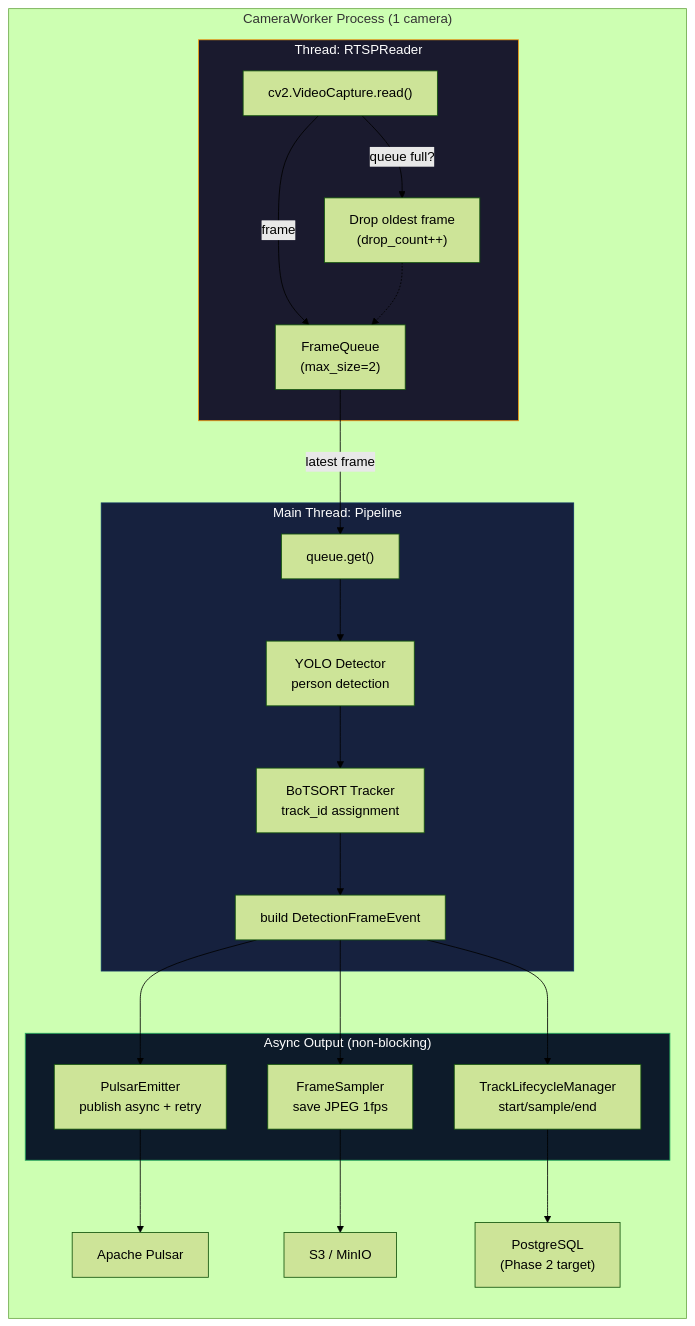
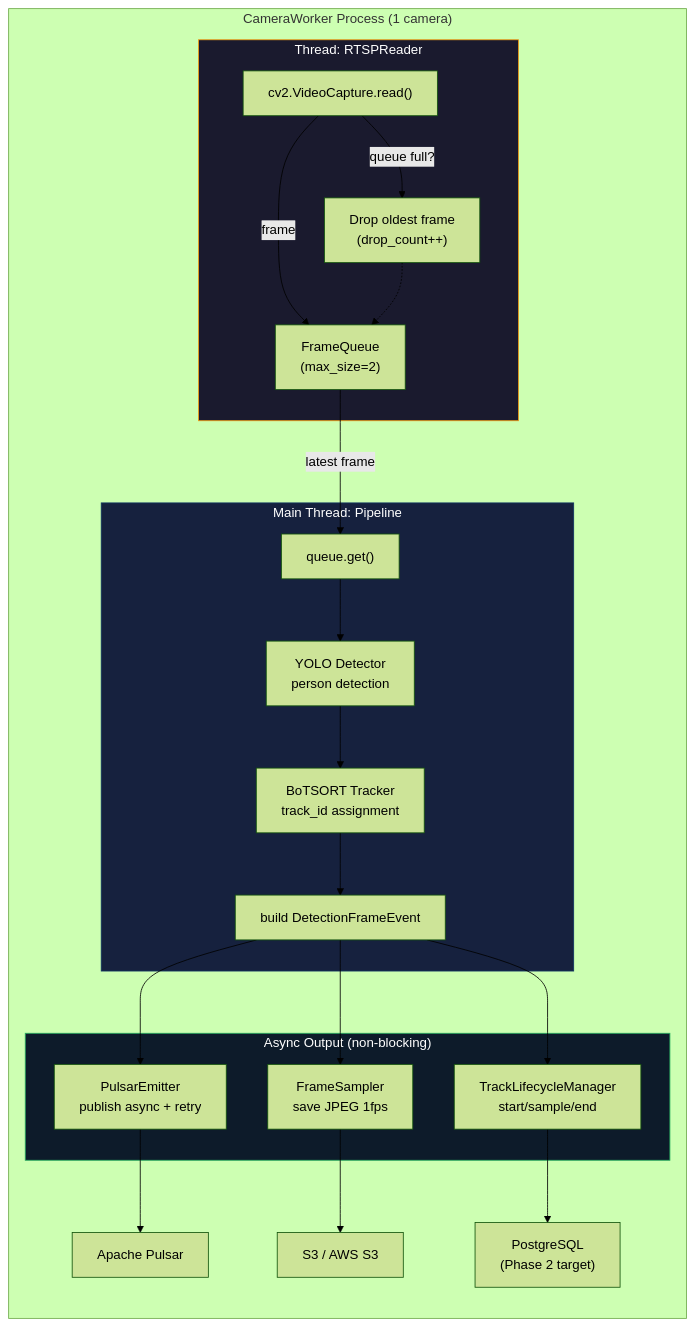
Before and after one commit to hungfnguyen/retail-video-analytics: the first of 3 diagrams in docs/mermaid/01_vison/02_camera_worker_pipeline.md, drawn with Mermaid (forest theme). The commit also changed 22 other files, not shown here.

Commit message:
docs(storage): update s3 architecture references

````diff
--- a/docs/mermaid/01_vison/02_camera_worker_pipeline.md
+++ b/docs/mermaid/01_vison/02_camera_worker_pipeline.md
@@ -5,43 +5,43 @@
 ```mermaid
 flowchart TB
     subgraph Worker["CameraWorker Process (1 camera)"]
         direction TB
 
         subgraph Thread1["Thread: RTSPReader"]
             Read["cv2.VideoCapture.read()"]
             Queue["FrameQueue\n(max_size=2)"]
             Read -->|"frame"| Queue
             Read -->|"queue full?"| Drop["Drop oldest frame\n(drop_count++)"]
             Drop -.-> Queue
         end
 
         subgraph MainThread["Main Thread: Pipeline"]
             Dequeue["queue.get()"]
             Detect["YOLO Detector\nperson detection"]
             Track["BoTSORT Tracker\ntrack_id assignment"]
             Build["build DetectionFrameEvent"]
 
             Dequeue --> Detect --> Track --> Build
         end
 
         Queue -->|"latest frame"| Dequeue
 
         subgraph AsyncOut["Async Output (non-blocking)"]
             PulsarPub["PulsarEmitter\npublish async + retry"]
             FrameSave["FrameSampler\nsave JPEG 1fps"]
             TrackEmit["TrackLifecycleManager\nstart/sample/end"]
 
             Build --> PulsarPub
             Build --> FrameSave
             Build --> TrackEmit
         end
 
         PulsarPub --> Pulsar["Apache Pulsar"]
-        FrameSave --> S3["S3 / MinIO"]
+        FrameSave --> S3["S3 / AWS S3"]
         TrackEmit --> PG["PostgreSQL\n(Phase 2 target)"]
     end
 
     style Thread1 fill:#1a1a2e,stroke:#f39c12,color:#fff
     style MainThread fill:#16213e,stroke:#0f3460,color:#fff
     style AsyncOut fill:#0d1b2a,stroke:#27ae60,color:#fff
 ```
````
